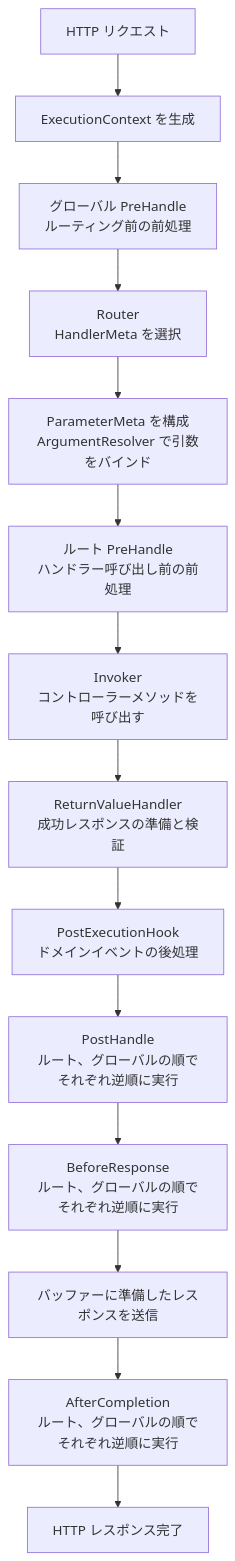
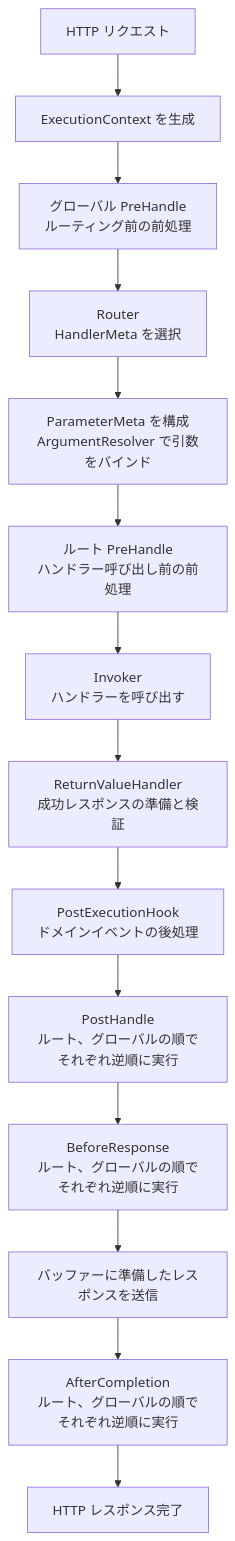
Before and after one commit to NARUBROWN/spine-site: the diagram in docs/ja/learn/core-concepts/pipeline.md, drawn with Mermaid. The commit also changed other lines of this file and 193 other files, not shown here.

````diff
--- a/docs/ja/learn/core-concepts/pipeline.md
+++ b/docs/ja/learn/core-concepts/pipeline.md
@@ -21,31 +17,31 @@
 ```mermaid
 graph TD
     Request["HTTP リクエスト"]
     Context["ExecutionContext を生成"]
     GlobalPre["グローバル PreHandle<br>ルーティング前の前処理"]
     Router["Router<br>HandlerMeta を選択"]
     Binding["ParameterMeta を構成<br>ArgumentResolver で引数をバインド"]
     RoutePre["ルート PreHandle<br>ハンドラー呼び出し前の前処理"]
-    Handler["Invoker<br>コントローラーメソッドを呼び出す"]
+    Handler["Invoker<br>ハンドラーを呼び出す"]
     Return["ReturnValueHandler<br>成功レスポンスの準備と検証"]
     Hook["PostExecutionHook<br>ドメインイベントの後処理"]
     Post["PostHandle<br>ルート、グローバルの順でそれぞれ逆順に実行"]
     Before["BeforeResponse<br>ルート、グローバルの順でそれぞれ逆順に実行"]
     Flush["バッファーに準備したレスポンスを送信"]
     After["AfterCompletion<br>ルート、グローバルの順でそれぞれ逆順に実行"]
     Response["HTTP レスポンス完了"]
 
     Request --> Context
     Context --> GlobalPre
     GlobalPre --> Router
     Router --> Binding
     Binding --> RoutePre
     RoutePre --> Handler
     Handler --> Return
     Return --> Hook
     Hook --> Post
     Post --> Before
     Before --> Flush
     Flush --> After
     After --> Response
 ```
````
